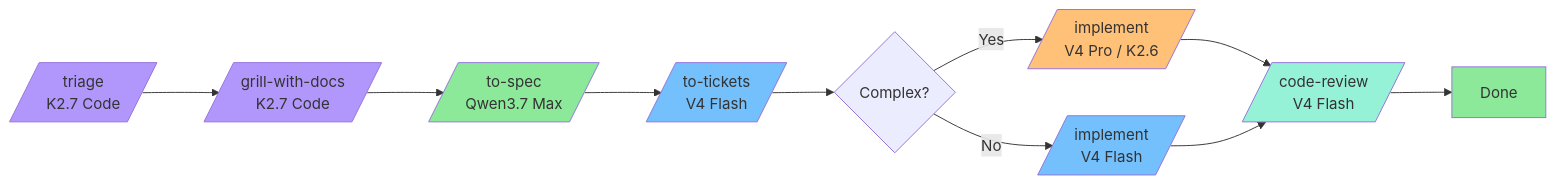
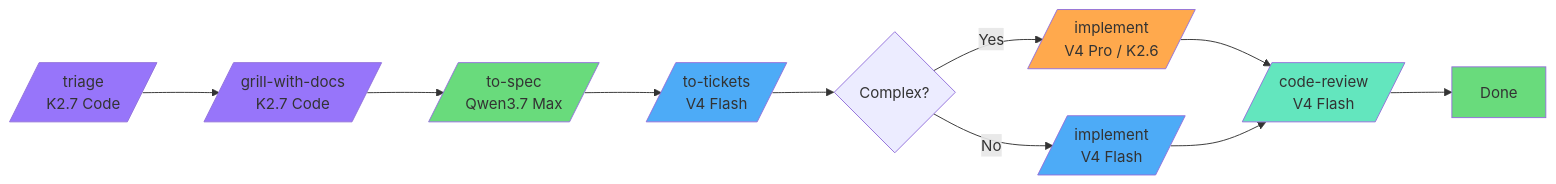
Before and after one commit to elisharkray1030/ai-coding-workflow: the first of 5 diagrams in README.md, drawn with Mermaid. The commit also changed other lines of this file, not shown here.

First line of the commit message:
Darken Mermaid diagram fills for readability

````diff
--- a/README.md
+++ b/README.md
@@ -14,27 +14,27 @@
 ```mermaid
 graph LR
     TR[/triage<br/>K2.7 Code/] --> IN[/grill-with-docs<br/>K2.7 Code/]
     IN --> SP[/to-spec<br/>Qwen3.7 Max/]
     SP --> TK[/to-tickets<br/>V4 Flash/]
     TK --> D{Complex?}
     D -->|Yes| IC[/implement<br/>V4 Pro / K2.6/]
     D -->|No| IS[/implement<br/>V4 Flash/]
     IC --> CR[/code-review<br/>V4 Flash/]
     IS --> CR
     CR --> DN[Done]
 
-    classDef purple fill:#b197fc
-    classDef green fill:#8ce99a
-    classDef blue fill:#74c0fc
-    classDef orange fill:#ffc078
-    classDef teal fill:#96f2d7
-    classDef yellow fill:#ffd43b
-    classDef red fill:#ffa8a8
+    classDef purple fill:#9775fa
+    classDef green fill:#69db7c
+    classDef blue fill:#4dabf7
+    classDef orange fill:#ffa94d
+    classDef teal fill:#63e6be
+    classDef yellow fill:#fcc419
+    classDef red fill:#ff8787
 
     class TR,IN purple
     class SP green
     class TK,IS blue
     class IC orange
     class CR teal
     class DN green
 ```
````
